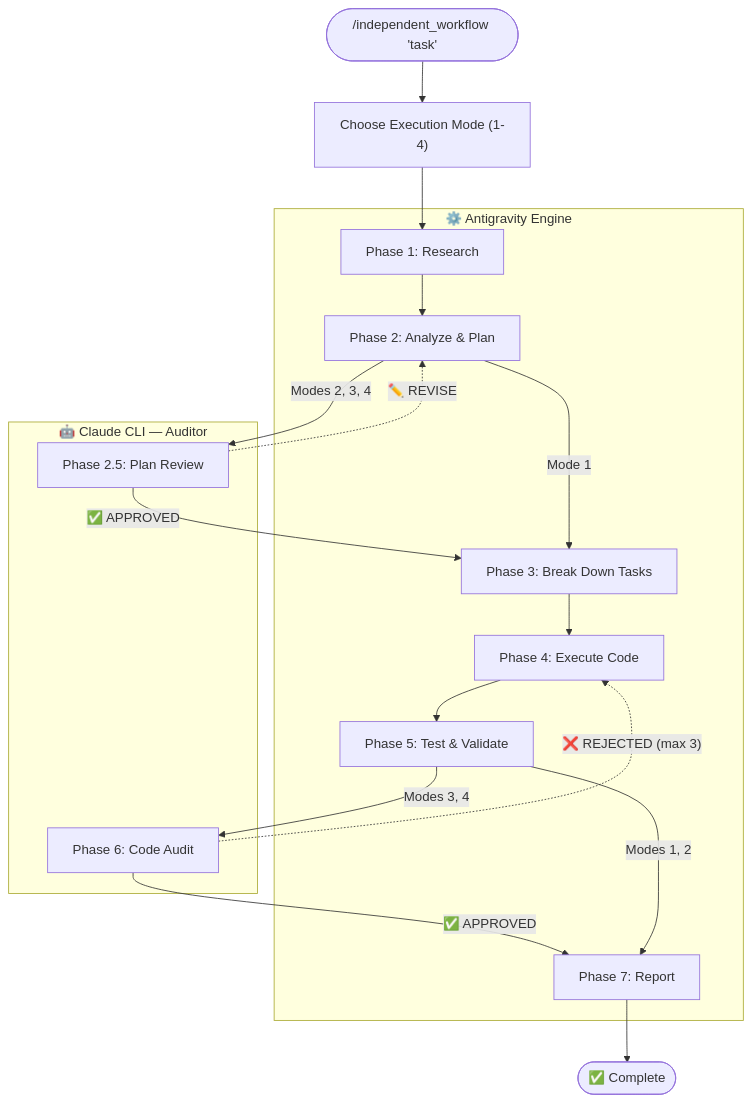
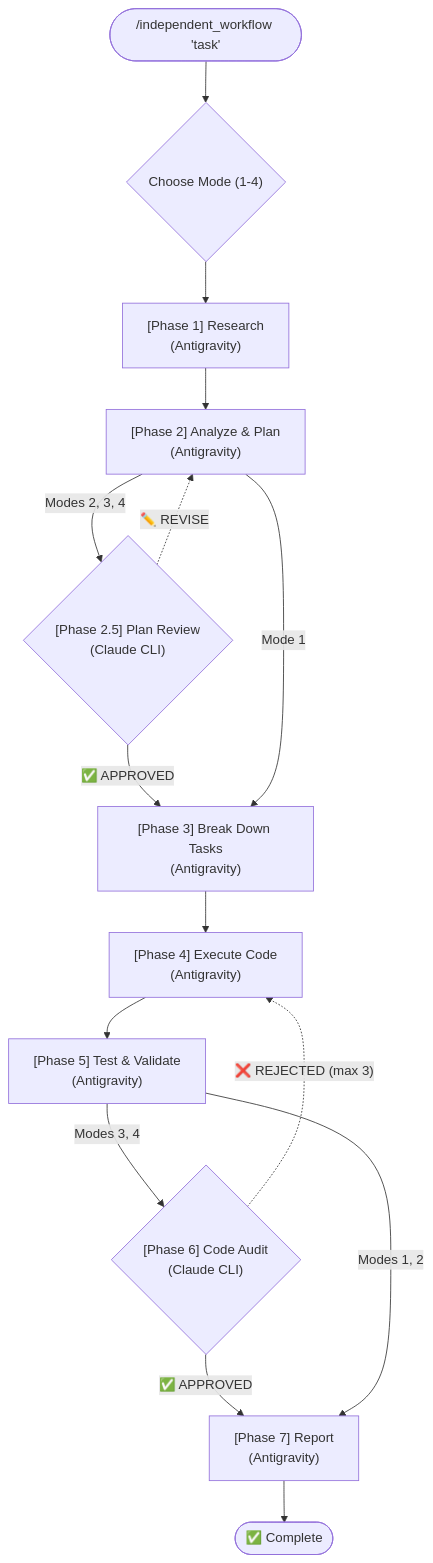
One commit to kulkul22/IndependentAIWorkflow changed the diagram in README.md. Above: the diagram before and after it, drawn with Mermaid.

Commit message:
fix: remove Mermaid subgraphs to fix GitHub rendering layout

````diff
--- a/README.md
+++ b/README.md
@@ -76,35 +76,23 @@
 ```mermaid
 flowchart TD
-    Start(["/independent_workflow 'task'"]) --> Mode["Choose Execution Mode (1-4)"]
+    Start(["/independent_workflow 'task'"]) --> Mode{"Choose Mode (1-4)"}
 
-    subgraph ANTIGRAVITY ["⚙️ Antigravity Engine"]
-        P1["Phase 1: Research"]
-        P2["Phase 2: Analyze & Plan"]
-        P3["Phase 3: Break Down Tasks"]
-        P4["Phase 4: Execute Code"]
-        P5["Phase 5: Test & Validate"]
-        P7["Phase 7: Report"]
-    end
+    Mode --> P1["[Phase 1] Research\n(Antigravity)"]
+    P1 --> P2["[Phase 2] Analyze & Plan\n(Antigravity)"]
 
-    subgraph CLAUDE ["🤖 Claude CLI — Auditor"]
-        P25["Phase 2.5: Plan Review"]
-        P6["Phase 6: Code Audit"]
-    end
-
-    Mode --> P1 --> P2
-
-    P2 -->|"Modes 2, 3, 4"| P25
-    P25 -->|"✅ APPROVED"| P3
+    P2 -->|"Modes 2, 3, 4"| P25{"[Phase 2.5] Plan Review\n(Claude CLI)"}
+    P25 -->|"✅ APPROVED"| P3["[Phase 3] Break Down Tasks\n(Antigravity)"]
     P25 -.->|"✏️ REVISE"| P2
 
     P2 -->|"Mode 1"| P3
-    P3 --> P4 --> P5
+    P3 --> P4["[Phase 4] Execute Code\n(Antigravity)"]
+    P4 --> P5["[Phase 5] Test & Validate\n(Antigravity)"]
 
-    P5 -->|"Modes 3, 4"| P6
-    P6 -->|"✅ APPROVED"| P7
+    P5 -->|"Modes 3, 4"| P6{"[Phase 6] Code Audit\n(Claude CLI)"}
+    P6 -->|"✅ APPROVED"| P7["[Phase 7] Report\n(Antigravity)"]
     P6 -.->|"❌ REJECTED (max 3)"| P4
 
     P5 -->|"Modes 1, 2"| P7
 
     P7 --> Done(["✅ Complete"])
 ```
````
